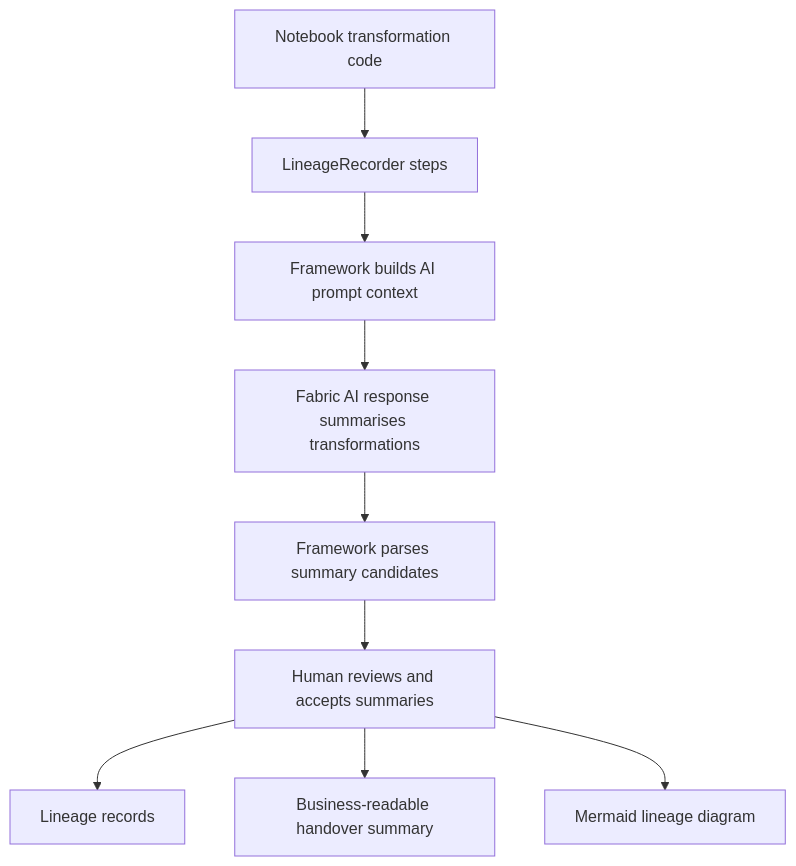
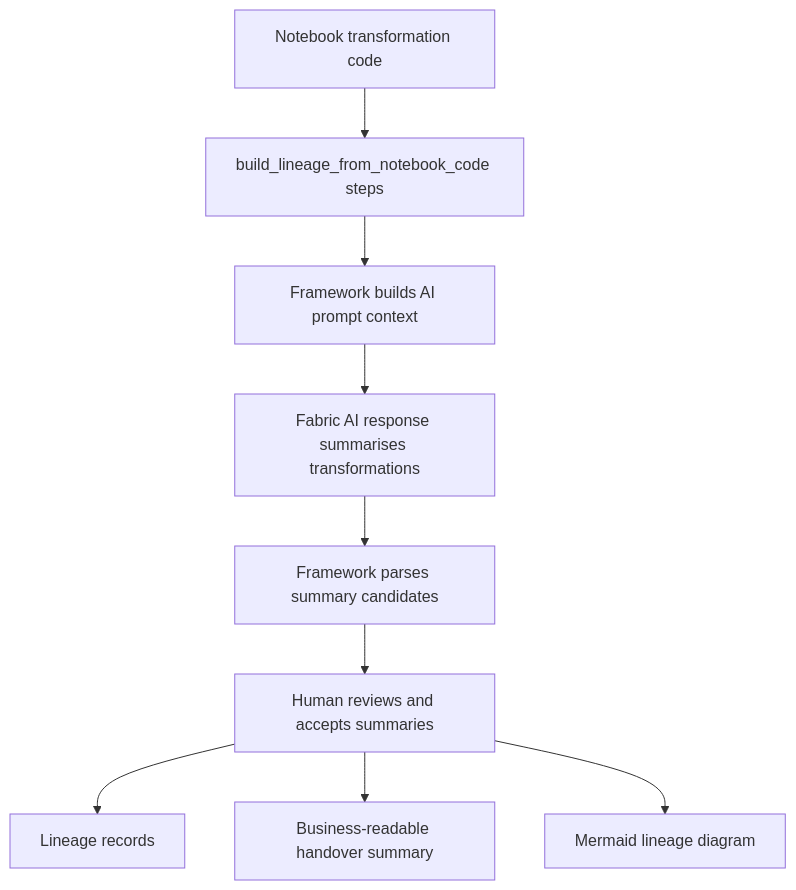
The diagram in docs/workflows/ai-transformation-summary.md (Voycepeh/fabric-data-product-framework), drawn with Mermaid before and after one commit. The commit also changed other lines of this file and 7 other files, not shown here.

````diff
--- a/docs/workflows/ai-transformation-summary.md
+++ b/docs/workflows/ai-transformation-summary.md
@@ -13,11 +13,11 @@
 ```mermaid
 flowchart TD
-    A[Notebook transformation code] --> B[LineageRecorder steps]
+    A[Notebook transformation code] --> B[build_lineage_from_notebook_code steps]
     B --> C[Framework builds AI prompt context]
     C --> D[Fabric AI response summarises transformations]
     D --> E[Framework parses summary candidates]
     E --> F[Human reviews and accepts summaries]
     F --> G[Lineage records]
     F --> H[Business-readable handover summary]
     F --> I[Mermaid lineage diagram]
 ```
````
